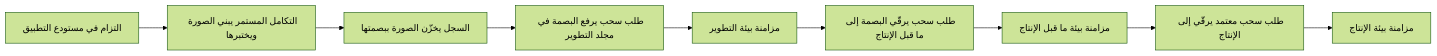
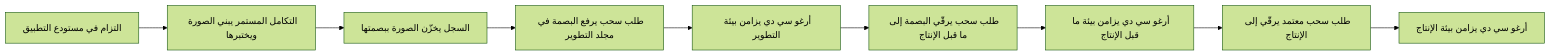
The second of 3 diagrams in cloud/modules/03-iac.ar.md (Tamoura/system-design-for-vibe-coders), drawn with Mermaid (forest theme) before and after one commit. The commit also changed other lines of this file and 4 other files, not shown here.

````diff
--- a/cloud/modules/03-iac.ar.md
+++ b/cloud/modules/03-iac.ar.md
@@ -366,11 +366,11 @@
 ```mermaid
 flowchart LR
     A["التزام في مستودع التطبيق"] --> B["التكامل المستمر يبني الصورة ويختبرها"]
     B --> C["السجل يخزّن الصورة ببصمتها"]
     C --> D["طلب سحب يرفع البصمة في مجلد التطوير"]
-    D --> E["مزامنة بيئة التطوير"]
+    D --> E["أرغو سي دي يزامن بيئة التطوير"]
     E --> F["طلب سحب يرقّي البصمة إلى ما قبل الإنتاج"]
-    F --> G["مزامنة بيئة ما قبل الإنتاج"]
+    F --> G["أرغو سي دي يزامن بيئة ما قبل الإنتاج"]
     G --> H["طلب سحب معتمد يرقّي إلى الإنتاج"]
-    H --> I["مزامنة بيئة الإنتاج"]
+    H --> I["أرغو سي دي يزامن بيئة الإنتاج"]
 ```
````
